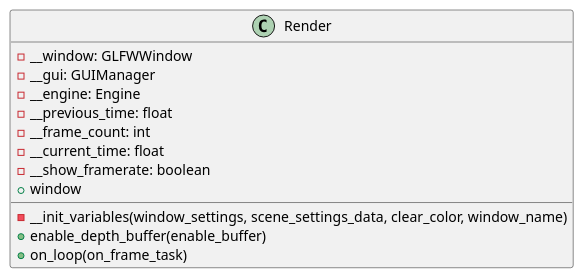
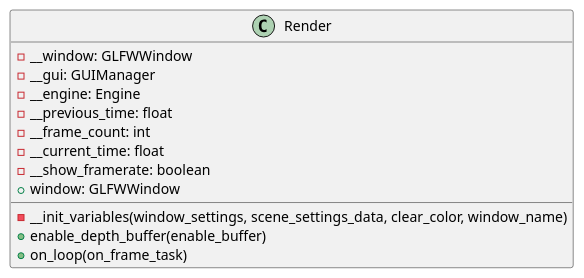
Before and after one commit to ferpoble2/Relief_Creator: the diagram in docs/classes/Render.puml, drawn with PlantUML.

Commit message:
Updated Render docs.

```diff
--- a/docs/classes/Render.puml
+++ b/docs/classes/Render.puml
@@ -1,16 +1,16 @@
 @startuml
 class Render {
     - __window: GLFWWindow
     - __gui: GUIManager
     - __engine: Engine
     - __previous_time: float
     - __frame_count: int
     - __current_time: float
     - __show_framerate: boolean
-    + window
+    + window: GLFWWindow
 
     - __init_variables(window_settings, scene_settings_data, clear_color, window_name)
     + enable_depth_buffer(enable_buffer)
     + on_loop(on_frame_task)
 }
 @enduml
```
